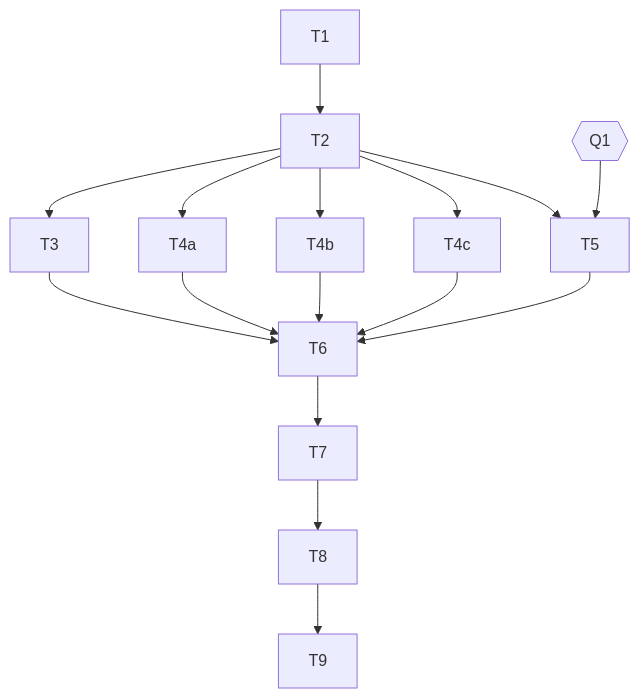
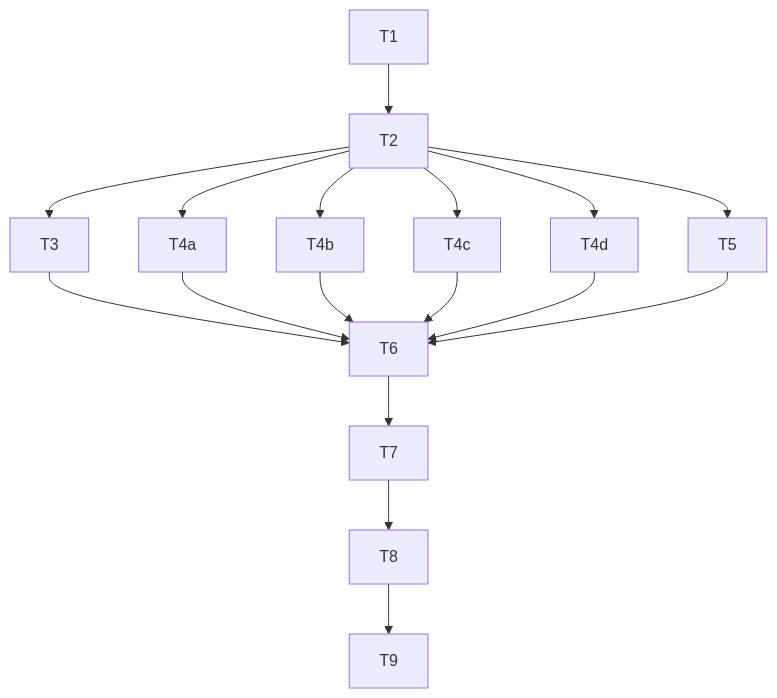
The diagram in docs/plans/2026-09-28-skill-resource-dispositions.md (dpalfery/kyber-weave), drawn with Mermaid before and after one commit. The commit also changed other lines of this file, not shown here.

````diff
--- a/docs/plans/2026-09-28-skill-resource-dispositions.md
+++ b/docs/plans/2026-09-28-skill-resource-dispositions.md
@@ -387,7 +409,6 @@
 ```mermaid
 flowchart TD
   T1 --> T2
-  T2 --> T3 & T4a & T4b & T4c & T5
-  Q1{{Q1}} --> T5
-  T3 & T4a & T4b & T4c & T5 --> T6 --> T7 --> T8 --> T9
+  T2 --> T3 & T4a & T4b & T4c & T4d & T5
+  T3 & T4a & T4b & T4c & T4d & T5 --> T6 --> T7 --> T8 --> T9
 ```
````
